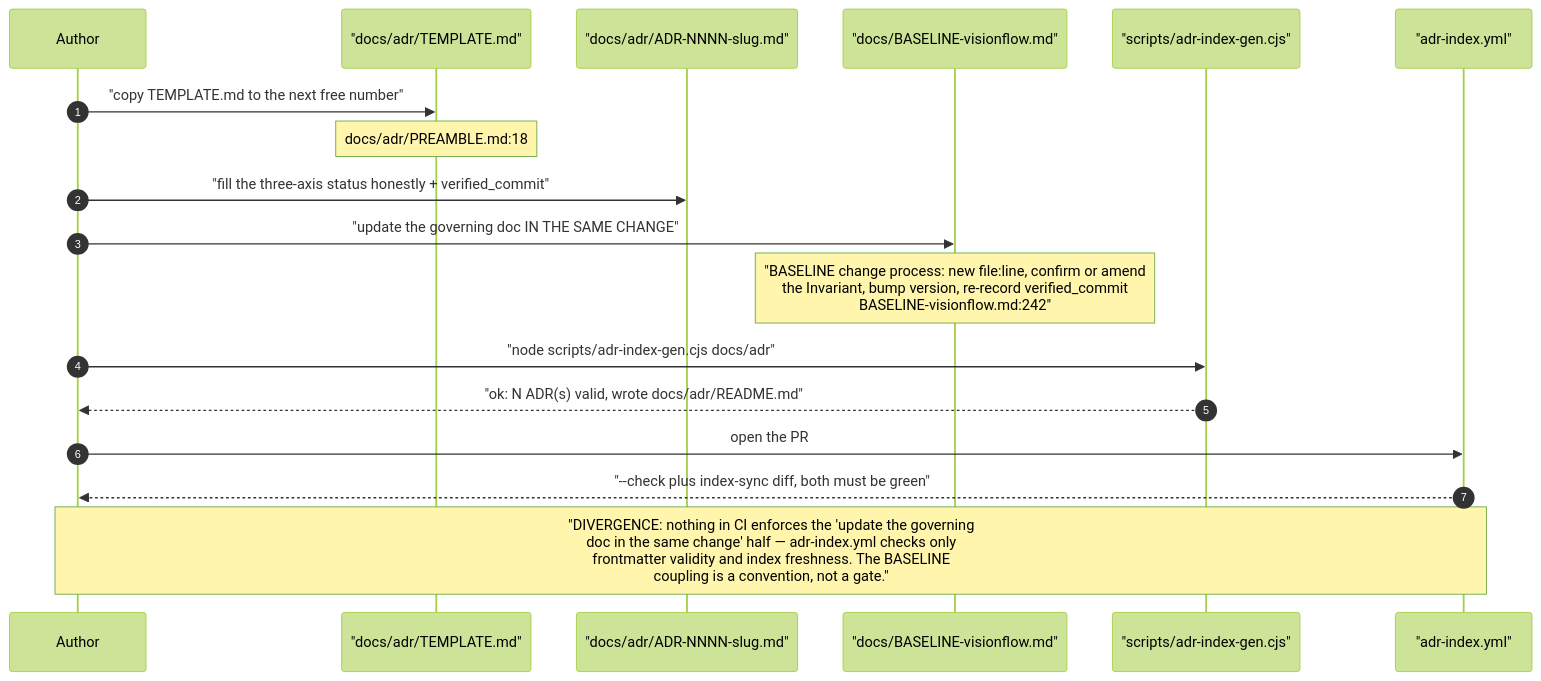
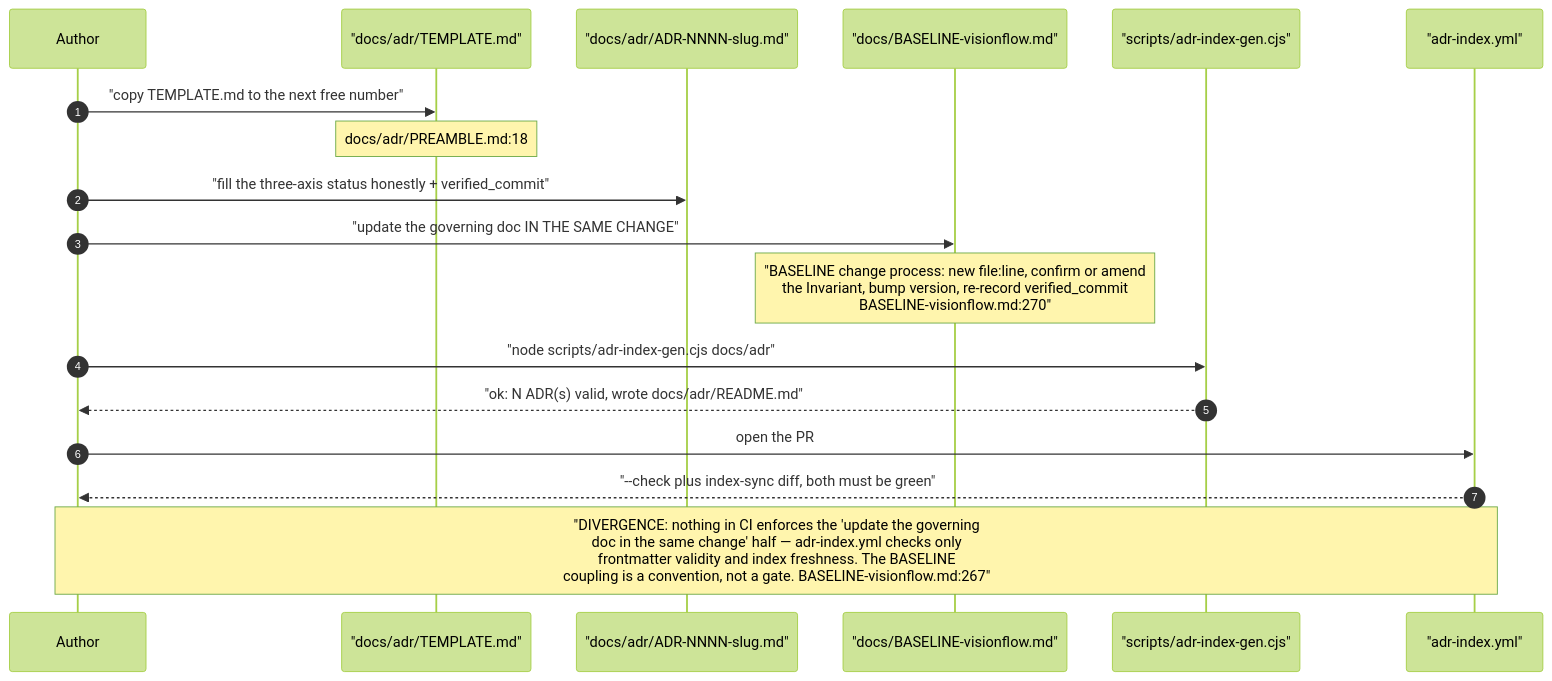
One commit to DreamLab-AI/VisionFlow changed the ninth of 14 diagrams in docs/diagrams/visionflow/01-repo-composition-and-canon.md. Above: the diagram before and after it, drawn with Mermaid (forest theme). The commit also changed other lines of this file and 7 other files, not shown here.

````diff
--- a/docs/diagrams/visionflow/01-repo-composition-and-canon.md
+++ b/docs/diagrams/visionflow/01-repo-composition-and-canon.md
@@ -291,21 +300,21 @@
 ```mermaid
 sequenceDiagram
     autonumber
     participant A as Author
     participant T as "docs/adr/TEMPLATE.md"
     participant R as "docs/adr/ADR-NNNN-slug.md"
     participant B as "docs/BASELINE-visionflow.md"
     participant G as "scripts/adr-index-gen.cjs"
     participant CI as "adr-index.yml"
 
     A->>T: "copy TEMPLATE.md to the next free number"
     Note over T: docs/adr/PREAMBLE.md:18
     A->>R: "fill the three-axis status honestly + verified_commit"
     A->>B: "update the governing doc IN THE SAME CHANGE"
-    Note over B: "BASELINE change process: new file:line, confirm or amend<br/>the Invariant, bump version, re-record verified_commit<br/>BASELINE-visionflow.md:242"
+    Note over B: "BASELINE change process: new file:line, confirm or amend<br/>the Invariant, bump version, re-record verified_commit<br/>BASELINE-visionflow.md:270"
     A->>G: "node scripts/adr-index-gen.cjs docs/adr"
     G-->>A: "ok: N ADR(s) valid, wrote docs/adr/README.md"
     A->>CI: open the PR
     CI-->>A: "--check plus index-sync diff, both must be green"
-    Note over A,CI: "DIVERGENCE: nothing in CI enforces the 'update the governing<br/>doc in the same change' half — adr-index.yml checks only<br/>frontmatter validity and index freshness. The BASELINE<br/>coupling is a convention, not a gate."
+    Note over A,CI: "DIVERGENCE: nothing in CI enforces the 'update the governing<br/>doc in the same change' half — adr-index.yml checks only<br/>frontmatter validity and index freshness. The BASELINE<br/>coupling is a convention, not a gate. BASELINE-visionflow.md:267"
 ```
````
